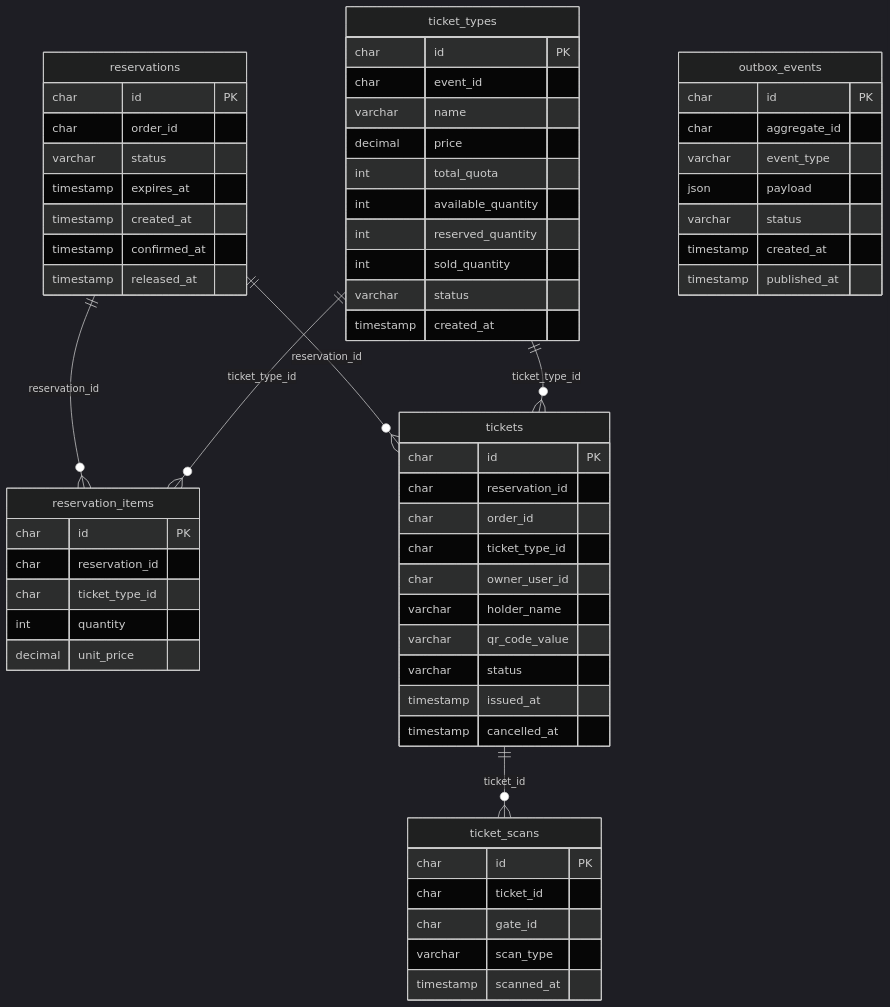
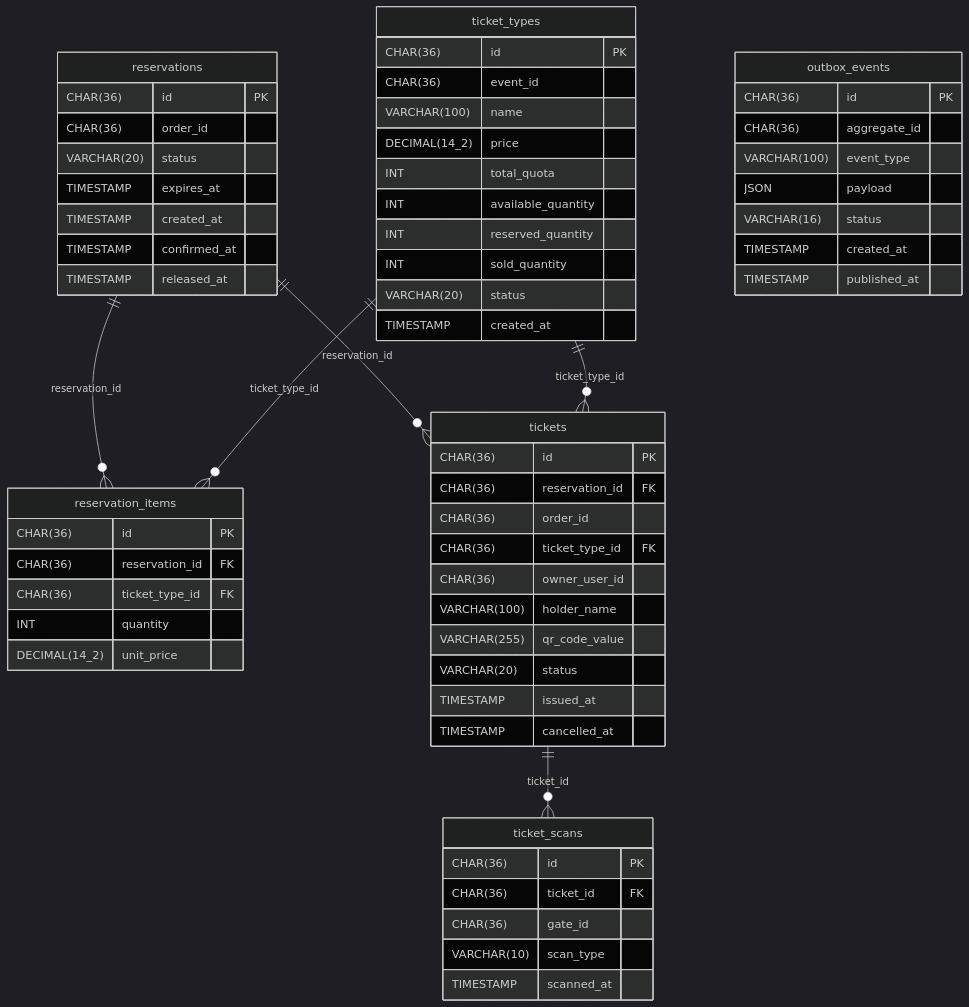
Before and after one commit to duymk123/EventHub: the diagram in docs/database/ticket-service/erd.md, drawn with Mermaid (dark theme). The commit also changed other lines of this file and 28 other files, not shown here.

````diff
--- a/docs/database/ticket-service/erd.md
+++ b/docs/database/ticket-service/erd.md
@@ -5,64 +9,64 @@
 ```mermaid
 erDiagram
   reservations ||--o{ reservation_items : reservation_id
   ticket_types ||--o{ reservation_items : ticket_type_id
   reservations ||--o{ tickets : reservation_id
   ticket_types ||--o{ tickets : ticket_type_id
   tickets ||--o{ ticket_scans : ticket_id
   ticket_types {
-    char id PK
-    char event_id
-    varchar name
-    decimal price
-    int total_quota
-    int available_quantity
-    int reserved_quantity
-    int sold_quantity
-    varchar status
-    timestamp created_at
+    CHAR(36) id PK
+    CHAR(36) event_id
+    VARCHAR(100) name
+    DECIMAL(14_2) price
+    INT total_quota
+    INT available_quantity
+    INT reserved_quantity
+    INT sold_quantity
+    VARCHAR(20) status
+    TIMESTAMP created_at
   }
   reservations {
-    char id PK
-    char order_id
-    varchar status
-    timestamp expires_at
-    timestamp created_at
-    timestamp confirmed_at
-    timestamp released_at
+    CHAR(36) id PK
+    CHAR(36) order_id
+    VARCHAR(20) status
+    TIMESTAMP expires_at
+    TIMESTAMP created_at
+    TIMESTAMP confirmed_at
+    TIMESTAMP released_at
   }
   reservation_items {
-    char id PK
-    char reservation_id
-    char ticket_type_id
-    int quantity
-    decimal unit_price
+    CHAR(36) id PK
+    CHAR(36) reservation_id FK
+    CHAR(36) ticket_type_id FK
+    INT quantity
+    DECIMAL(14_2) unit_price
   }
   tickets {
-    char id PK
-    char reservation_id
-    char order_id
-    char ticket_type_id
-    char owner_user_id
-    varchar holder_name
-    varchar qr_code_value
-    varchar status
-    timestamp issued_at
-    timestamp cancelled_at
+    CHAR(36) id PK
+    CHAR(36) reservation_id FK
+    CHAR(36) order_id
+    CHAR(36) ticket_type_id FK
+    CHAR(36) owner_user_id
+    VARCHAR(100) holder_name
+    VARCHAR(255) qr_code_value
+    VARCHAR(20) status
+    TIMESTAMP issued_at
+    TIMESTAMP cancelled_at
   }
   ticket_scans {
-    char id PK
-    char ticket_id
-    char gate_id
-    varchar scan_type
-    timestamp scanned_at
+    CHAR(36) id PK
+    CHAR(36) ticket_id FK
+    CHAR(36) gate_id
+    VARCHAR(10) scan_type
+    TIMESTAMP scanned_at
   }
   outbox_events {
-    char id PK
-    char aggregate_id
-    varchar event_type
-    json payload
-    varchar status
-    timestamp created_at
-    timestamp published_at
+    CHAR(36) id PK
+    CHAR(36) aggregate_id
+    VARCHAR(100) event_type
+    JSON payload
+    VARCHAR(16) status
+    TIMESTAMP created_at
+    TIMESTAMP published_at
   }
 ```
````
